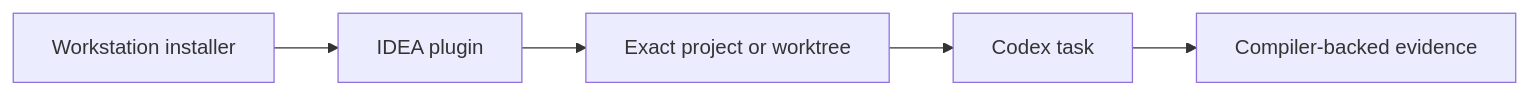
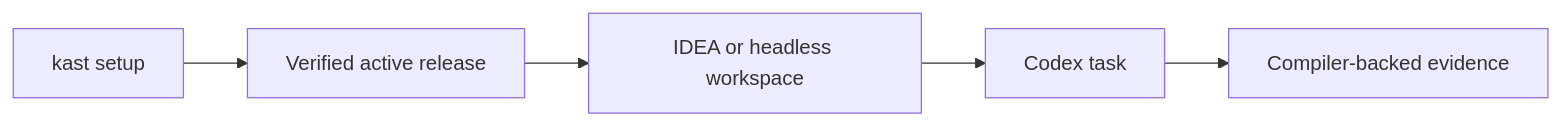
One commit to amichne/kast changed the diagram in docs/index.md. Above: the diagram before and after it, drawn with Mermaid. The commit also changed other lines of this file and 119 other files, not shown here.

````diff
--- a/docs/index.md
+++ b/docs/index.md
@@ -6,7 +6,7 @@
 ```mermaid
 flowchart LR
-    installer["Workstation installer"] --> idea["IDEA plugin"]
-    idea --> workspace["Exact project or worktree"]
+    installer["kast setup"] --> release["Verified active release"]
+    release --> workspace["IDEA or headless workspace"]
     workspace --> codex["Codex task"]
     codex --> evidence["Compiler-backed evidence"]
 ```
````
